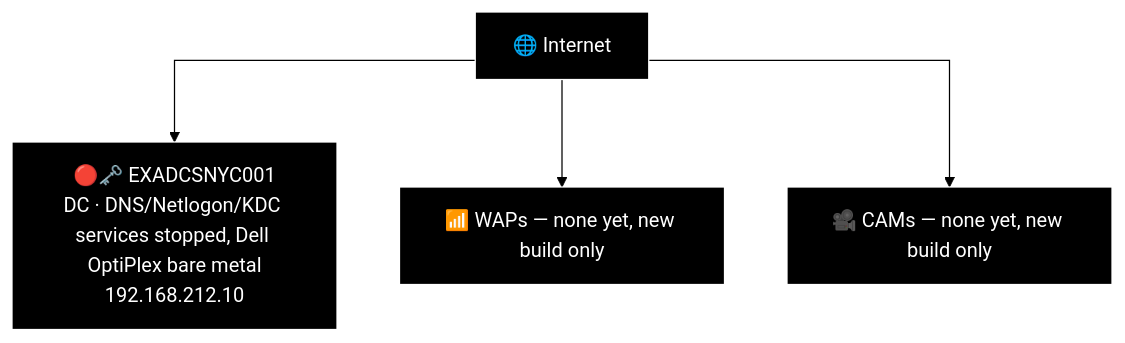
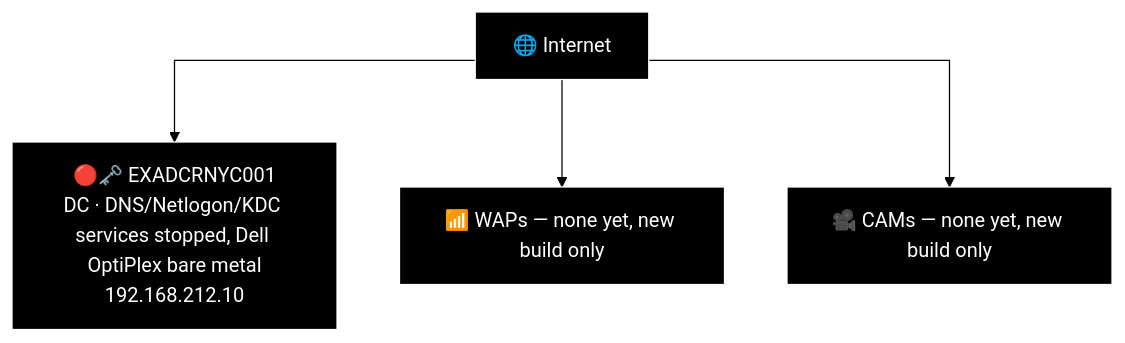
One commit to knightmare2600/example_music_infra changed the fourth of 19 diagrams in docs/network-diagram/united-states.md. Above: the diagram before and after it, drawn with Mermaid (forest theme). The commit also changed other lines of this file and 8 other files, not shown here.

````diff
--- a/docs/network-diagram/united-states.md
+++ b/docs/network-diagram/united-states.md
@@ -232,17 +217,17 @@
 ```mermaid
 %%{init: {'flowchart': {'curve': 'stepAfter'}}}%%
 graph TD
     O_INET["🌐 Internet"]
-    O_DC["🔴🗝️ EXADCSNYC001<br/>DC · DNS/Netlogon/KDC services stopped, Dell OptiPlex bare metal<br/>192.168.212.10"]
+    O_DC["🔴🗝️ EXADCRNYC001<br/>DC · DNS/Netlogon/KDC services stopped, Dell OptiPlex bare metal<br/>192.168.212.10"]
     O_INET --> O_DC
 
     O_WAP["📶 WAPs — none yet, new build only"]
     O_CAM["🎥 CAMs — none yet, new build only"]
     O_INET --> O_WAP
     O_INET --> O_CAM
 
     style O_INET fill:#000000,stroke:#FFFFFF,color:#FFFFFF
     style O_DC fill:#000000,stroke:#FFFFFF,color:#FFFFFF
     style O_WAP fill:#000000,stroke:#FFFFFF,color:#FFFFFF
     style O_CAM fill:#000000,stroke:#FFFFFF,color:#FFFFFF
 ```
````
